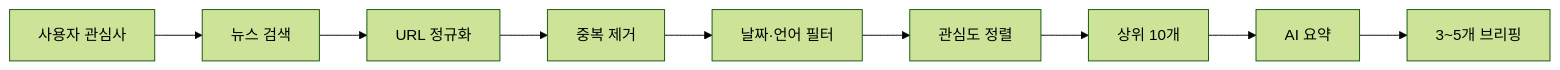
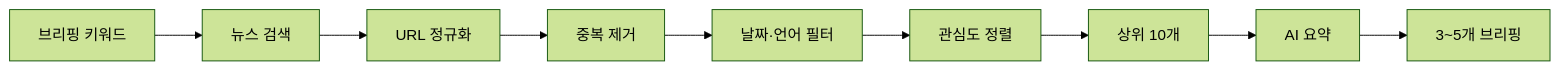
One commit to leebeanbin/memdo changed the third of 3 diagrams in docs/17-data-pipeline.md. Above: the diagram before and after it, drawn with Mermaid (forest theme). The commit also changed other lines of this file and 13 other files, not shown here.

````diff
--- a/docs/17-data-pipeline.md
+++ b/docs/17-data-pipeline.md
@@ -222,11 +222,11 @@
 ```mermaid
 flowchart LR
-    I["사용자 관심사"] --> S["뉴스 검색"]
+    I["브리핑 키워드"] --> S["뉴스 검색"]
     S --> N["URL 정규화"]
     N --> D["중복 제거"]
     D --> F["날짜·언어 필터"]
     F --> R["관심도 정렬"]
     R --> T["상위 10개"]
     T --> A["AI 요약"]
     A --> B["3~5개 브리핑"]
 ```
````
